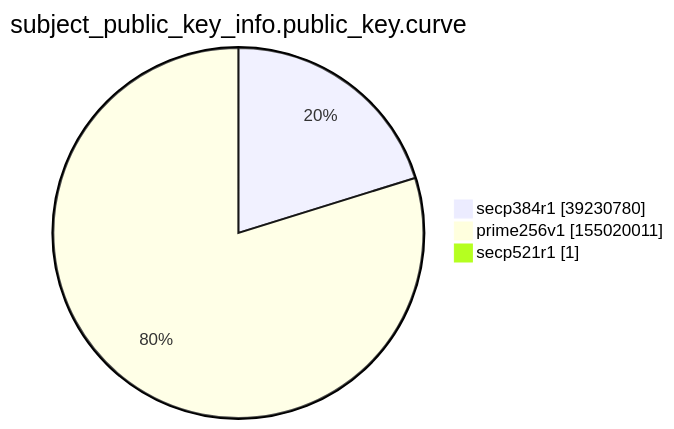
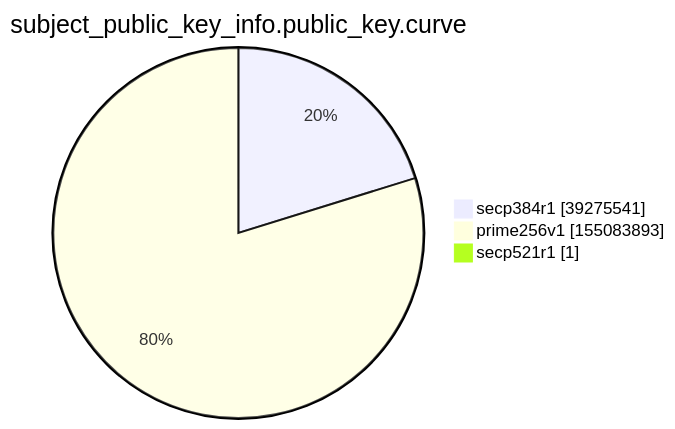
Before and after one commit to christiankrug/ctmonitor_visualization: the ninth of 15 diagrams in xenon2022/README.md, drawn with Mermaid. The commit also changed other lines of this file, not shown here.

````diff
--- a/xenon2022/README.md
+++ b/xenon2022/README.md
@@ -2863,7 +2863,7 @@
 ```mermaid
 pie showData
 title subject_public_key_info.public_key.curve
-"secp384r1" :39230780
-"prime256v1" :155020011
+"secp384r1" :39275541
+"prime256v1" :155083893
 "secp521r1" :1
 ```
````
